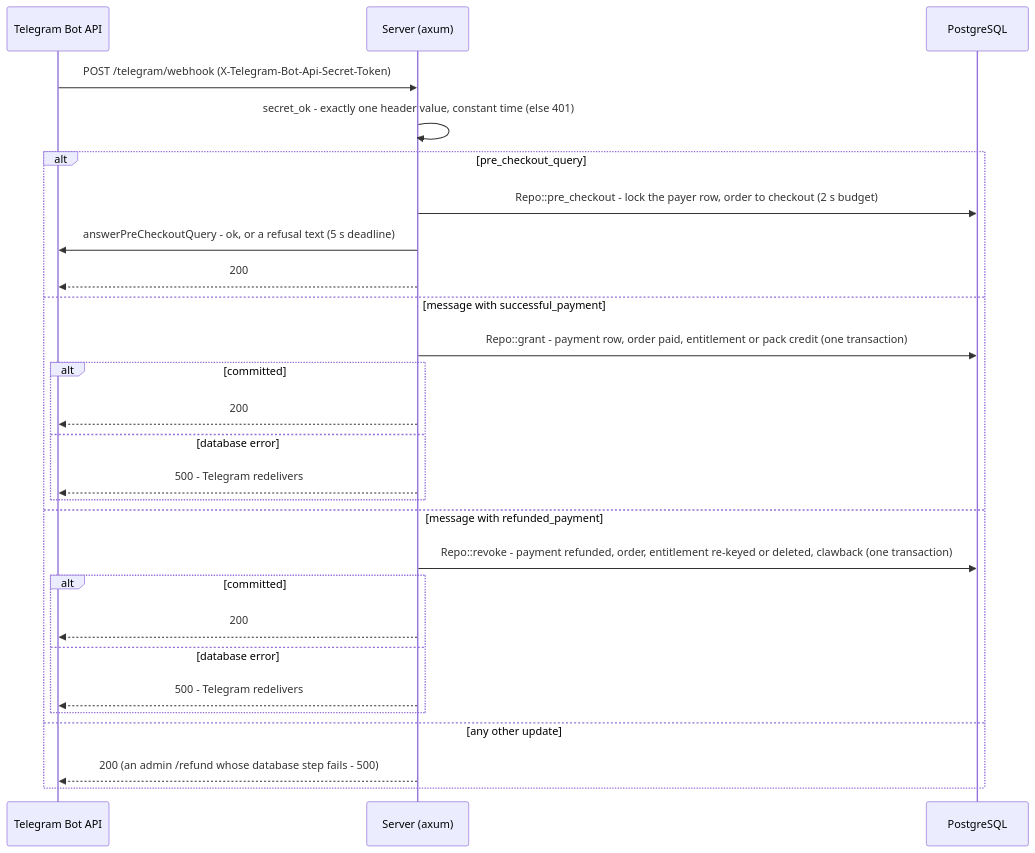
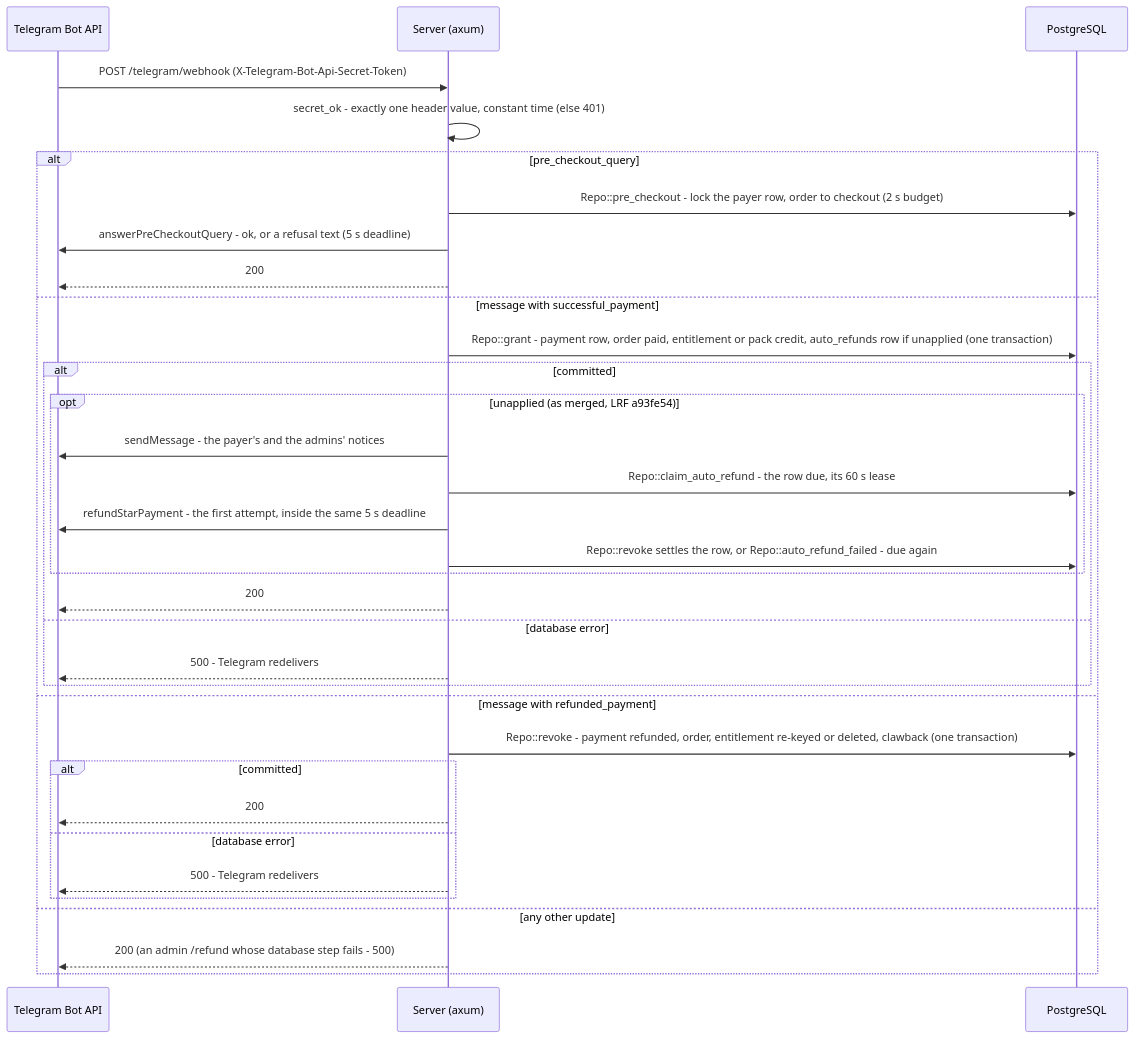
One commit to bluesteelll/tg-app-novel changed the eighth of 9 diagrams in docs/ARCHITECTURE.md. Above: the diagram before and after it, drawn with Mermaid. The commit also changed other lines of this file and 1 other file, not shown here.

````diff
--- a/docs/ARCHITECTURE.md
+++ b/docs/ARCHITECTURE.md
@@ -584,29 +588,35 @@
 ```mermaid
 sequenceDiagram
     participant T as Telegram Bot API
     participant S as Server (axum)
     participant DB as PostgreSQL
     T->>S: POST /telegram/webhook (X-Telegram-Bot-Api-Secret-Token)
     S->>S: secret_ok - exactly one header value, constant time (else 401)
     alt pre_checkout_query
         S->>DB: Repo::pre_checkout - lock the payer row, order to checkout (2 s budget)
         S->>T: answerPreCheckoutQuery - ok, or a refusal text (5 s deadline)
         S-->>T: 200
     else message with successful_payment
-        S->>DB: Repo::grant - payment row, order paid, entitlement or pack credit (one transaction)
+        S->>DB: Repo::grant - payment row, order paid, entitlement or pack credit, auto_refunds row if unapplied (one transaction)
         alt committed
+            opt unapplied (as merged, LRF a93fe54)
+                S->>T: sendMessage - the payer's and the admins' notices
+                S->>DB: Repo::claim_auto_refund - the row due, its 60 s lease
+                S->>T: refundStarPayment - the first attempt, inside the same 5 s deadline
+                S->>DB: Repo::revoke settles the row, or Repo::auto_refund_failed - due again
+            end
             S-->>T: 200
         else database error
             S-->>T: 500 - Telegram redelivers
         end
     else message with refunded_payment
         S->>DB: Repo::revoke - payment refunded, order, entitlement re-keyed or deleted, clawback (one transaction)
         alt committed
             S-->>T: 200
         else database error
             S-->>T: 500 - Telegram redelivers
         end
     else any other update
         S-->>T: 200 (an admin /refund whose database step fails - 500)
     end
 ```
````
